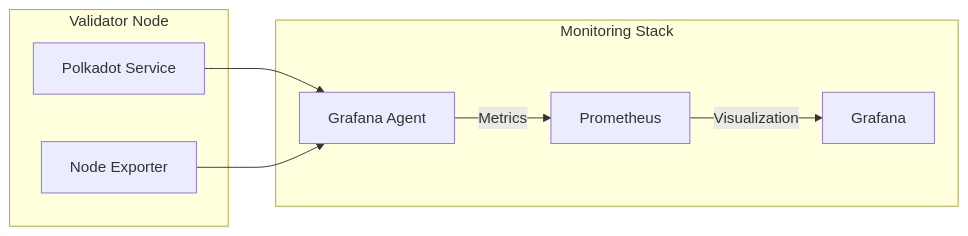
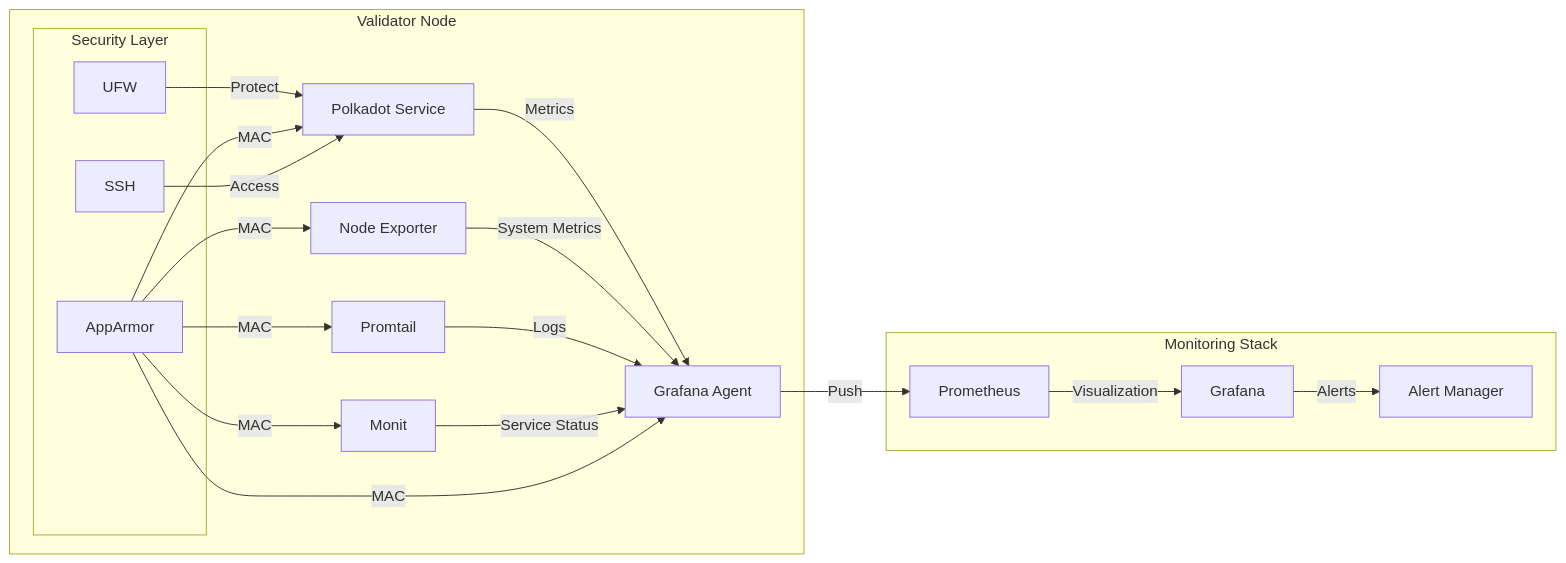
The second of 2 diagrams in README.md (pampatzoglou/provision-validators), drawn with Mermaid before and after one commit. The commit also changed other lines of this file and 2 other files, not shown here.

````diff
--- a/README.md
+++ b/README.md
@@ -51,15 +63,35 @@
 ```mermaid
 graph LR
     subgraph Validator Node
         A[Polkadot Service]
         B[Node Exporter]
+        C[Grafana Agent]
+        D[Promtail]
+        E[Monit]
+        
+        subgraph Security Layer
+            F[UFW]
+            G[AppArmor]
+            H[SSH]
+        end
     end
 
     subgraph Monitoring Stack
-        C[Grafana Agent] --> |Metrics| D[Prometheus]
-        D --> |Visualization| E[Grafana]
+        I[Prometheus] --> |Visualization| J[Grafana]
+        J --> |Alerts| K[Alert Manager]
     end
 
-    A --> C
-    B --> C
+    A --> |Metrics| C
+    B --> |System Metrics| C
+    D --> |Logs| C
+    E --> |Service Status| C
+    C --> |Push| I
+
+    F --> |Protect| A
+    G --> |MAC| A
+    G --> |MAC| B
+    G --> |MAC| C
+    G --> |MAC| D
+    G --> |MAC| E
+    H --> |Access| A
 ```
````
